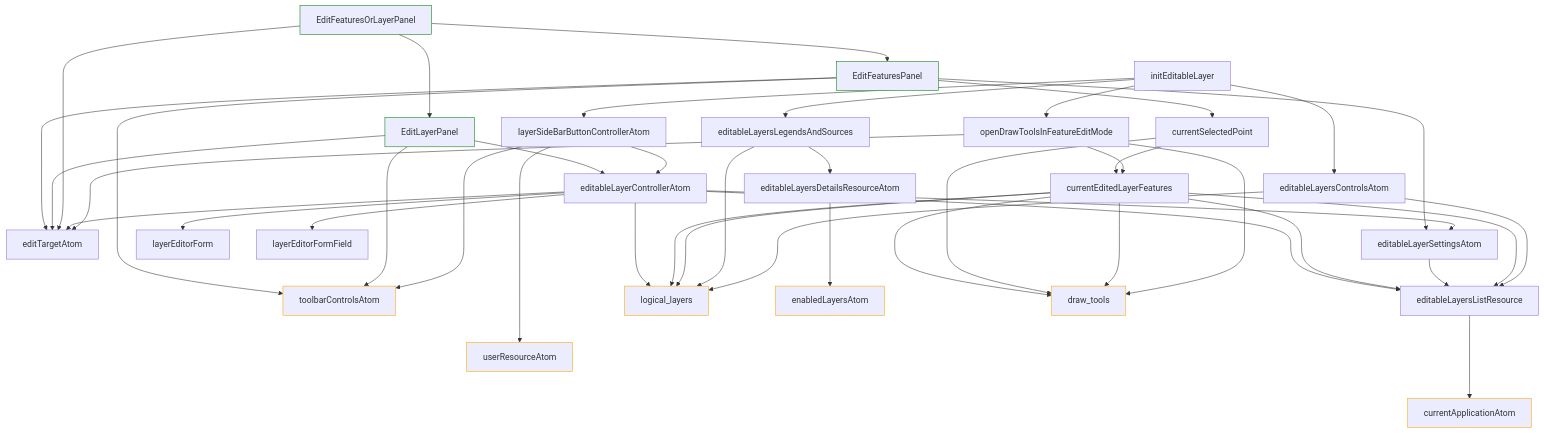
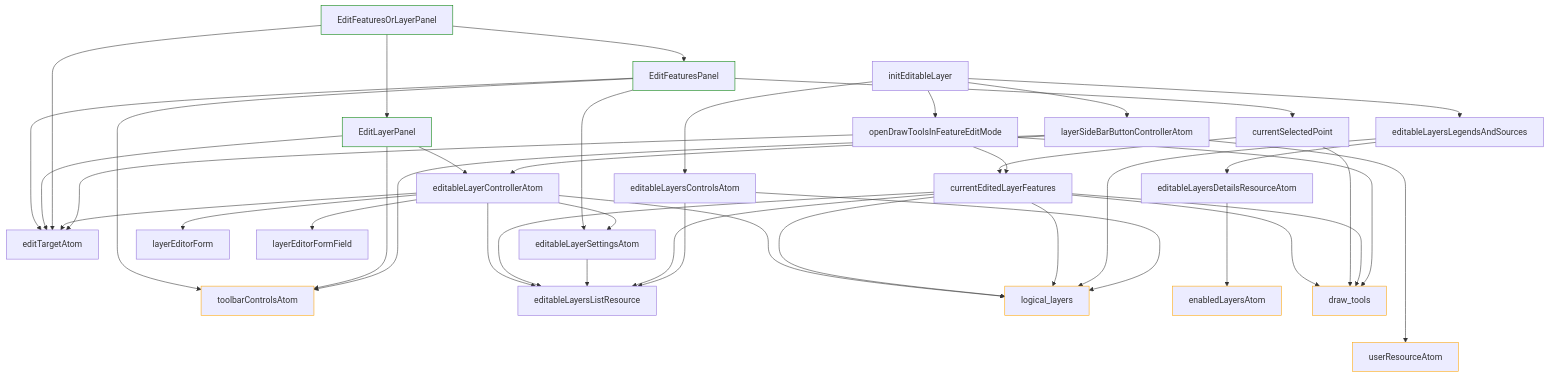
The diagram in src/features/create_layer/readme.md (konturio/disaster-ninja-fe), drawn with Mermaid before and after one commit. The commit also changed other lines of this file, not shown here.

````diff
--- a/src/features/create_layer/readme.md
+++ b/src/features/create_layer/readme.md
@@ -66,54 +65,53 @@
 ```mermaid
 flowchart TD
   classDef coreAtom stroke:orange;
   classDef View stroke:green;
 
   initEditableLayer --> layerSideBarButtonControllerAtom
   initEditableLayer --> editableLayersControlsAtom
   initEditableLayer --> editableLayersLegendsAndSources
   initEditableLayer --> openDrawToolsInFeatureEditMode
 
   layerSideBarButtonControllerAtom -----> userResourceAtom:::coreAtom
   layerSideBarButtonControllerAtom ----> toolbarControlsAtom:::coreAtom
   layerSideBarButtonControllerAtom --> editableLayerControllerAtom
 
   editableLayersControlsAtom --> editableLayersListResource
   editableLayersControlsAtom ---> logical_layers:::coreAtom
   editableLayersLegendsAndSources ---> logical_layers:::coreAtom
   editableLayersLegendsAndSources --> editableLayersDetailsResourceAtom
-  editableLayersListResource ---> currentApplicationAtom:::coreAtom
   editableLayersDetailsResourceAtom ---> enabledLayersAtom:::coreAtom
   openDrawToolsInFeatureEditMode ---> editTargetAtom
   openDrawToolsInFeatureEditMode ---> draw_tools:::coreAtom
   openDrawToolsInFeatureEditMode --> currentEditedLayerFeatures
   currentEditedLayerFeatures --> editableLayersListResource
   currentEditedLayerFeatures ---> logical_layers:::coreAtom
   currentEditedLayerFeatures ---> draw_tools:::coreAtom
   editableLayerSettingsAtom --> editableLayersListResource
   currentSelectedPoint ---> draw_tools:::coreAtom
   currentSelectedPoint --> currentEditedLayerFeatures
   currentEditedLayerFeatures ---> draw_tools:::coreAtom
   currentEditedLayerFeatures ---> logical_layers:::coreAtom
   currentEditedLayerFeatures ---> editableLayersListResource
   editableLayerControllerAtom ---> logical_layers:::coreAtom
   editableLayerControllerAtom --> layerEditorForm
   editableLayerControllerAtom --> layerEditorFormField
   editableLayerControllerAtom --> editableLayerSettingsAtom
   editableLayerControllerAtom --> editTargetAtom
   editableLayerControllerAtom --> editableLayersListResource
 
   EditFeaturesOrLayerPanel:::View ---> editTargetAtom
   EditFeaturesOrLayerPanel:::View --> EditLayerPanel:::View
   EditFeaturesOrLayerPanel:::View --> EditFeaturesPanel:::View
 
   %% Edit layer View
   EditLayerPanel:::View --> editableLayerControllerAtom
   EditLayerPanel:::View ---> toolbarControlsAtom:::coreAtom
   EditLayerPanel:::View ---> editTargetAtom
 
   %% Edit feature View
   EditFeaturesPanel:::View --> currentSelectedPoint
   EditFeaturesPanel:::View ---> editTargetAtom
   EditFeaturesPanel:::View --> editableLayerSettingsAtom
   EditFeaturesPanel:::View ---> toolbarControlsAtom:::coreAtom
 ```
````
